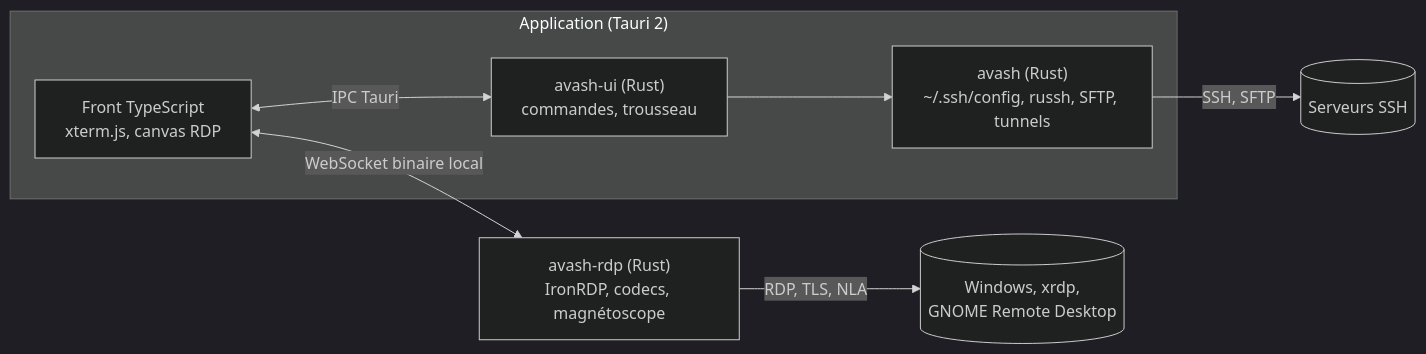
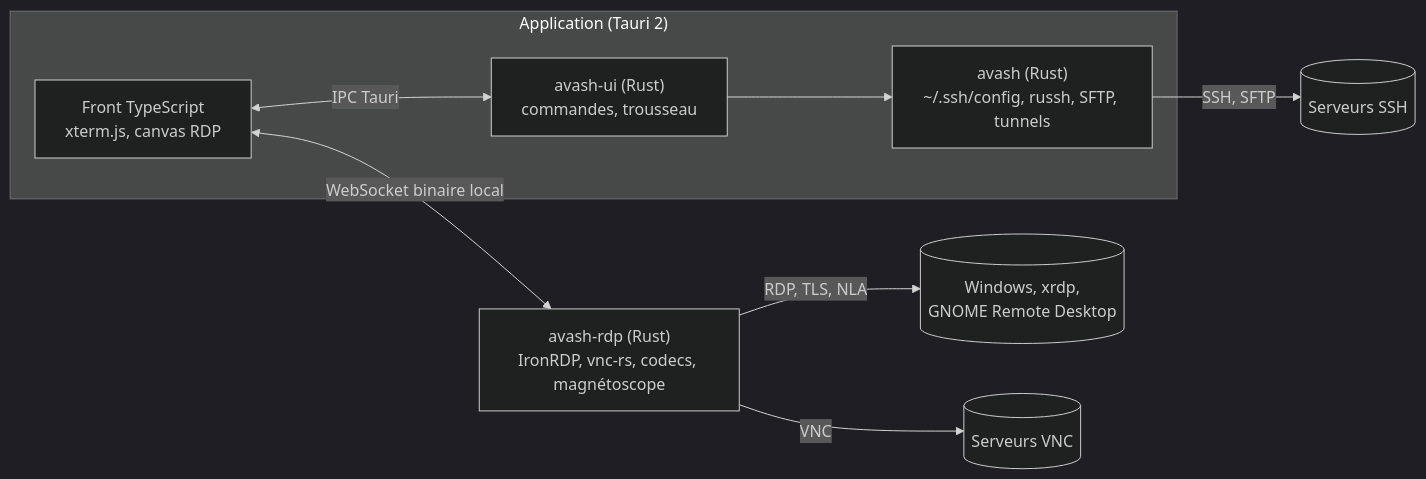
The diagram in README.md (AdrienAvalon/avash), drawn with Mermaid (dark theme) before and after one commit. The commit also changed other lines of this file and 68 other files, not shown here.

````diff
--- a/README.md
+++ b/README.md
@@ -206,14 +208,15 @@
 ```mermaid
 flowchart LR
     subgraph app["Application (Tauri 2)"]
         front["Front TypeScript<br/>xterm.js, canvas RDP"]
         ui["avash-ui (Rust)<br/>commandes, trousseau"]
         coeur["avash (Rust)<br/>~/.ssh/config, russh, SFTP, tunnels"]
         front <-->|IPC Tauri| ui
         ui --> coeur
     end
-    sidecar["avash-rdp (Rust)<br/>IronRDP, codecs, magnétoscope"]
+    sidecar["avash-rdp (Rust)<br/>IronRDP, vnc-rs, codecs, magnétoscope"]
     front <-->|WebSocket binaire local| sidecar
     coeur -->|SSH, SFTP| ssh[("Serveurs SSH")]
     sidecar -->|RDP, TLS, NLA| rdp[("Windows, xrdp,<br/>GNOME Remote Desktop")]
+    sidecar -->|VNC| vnc[("Serveurs VNC")]
 ```
````
